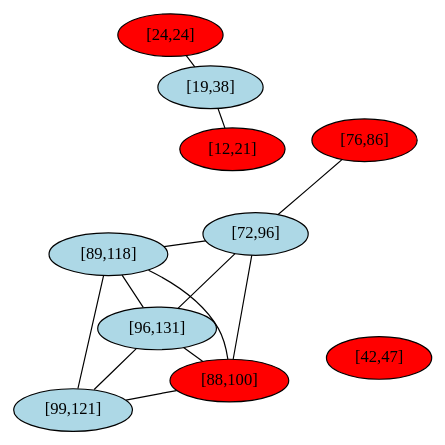
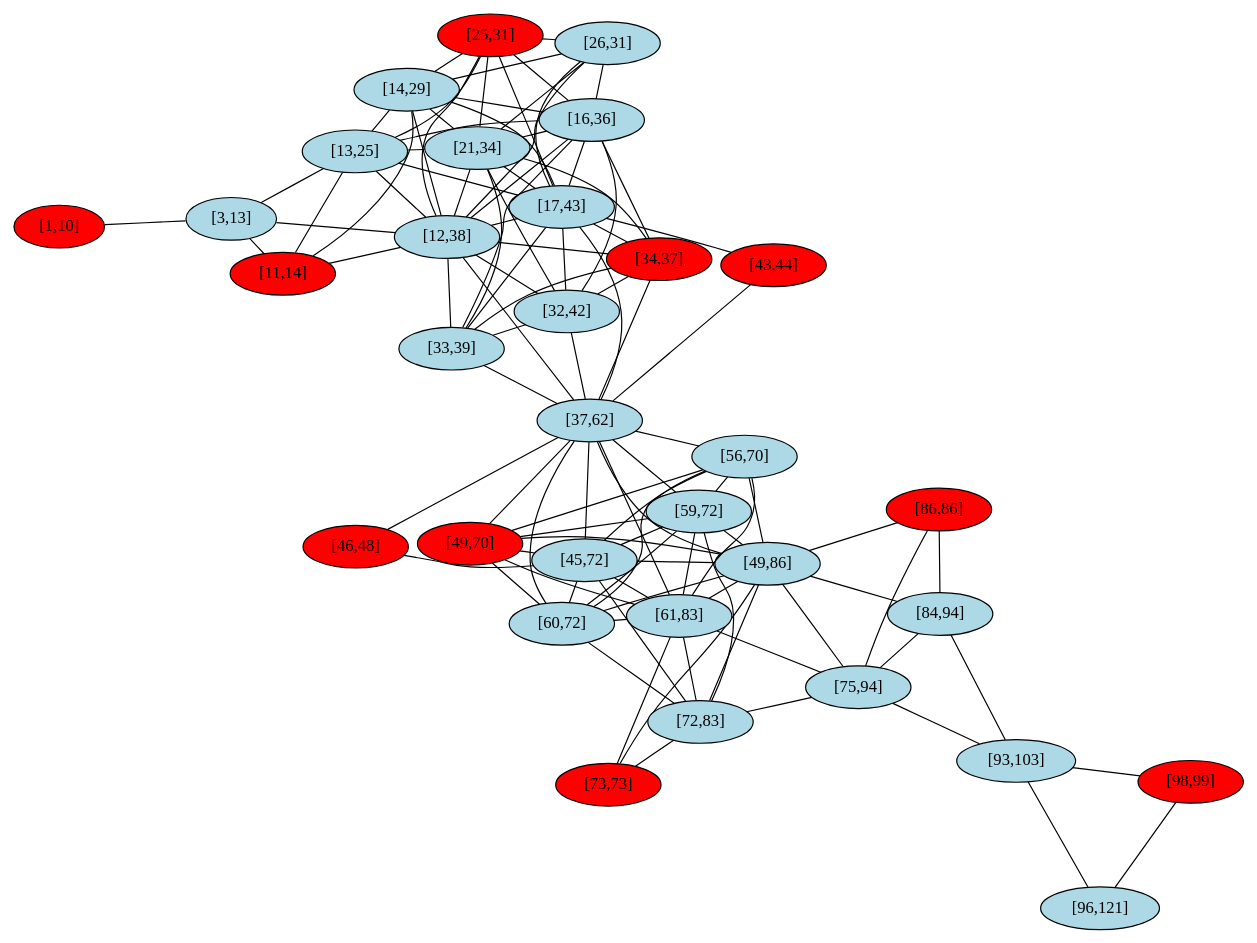
Before and after one commit to atotgerman/DUE_Fscharp: the diagram in intervallumgraf.dot, drawn with Graphviz. The commit also changed 2 other files, not shown here.

```diff
--- a/intervallumgraf.dot
+++ b/intervallumgraf.dot
@@ -1,27 +1,144 @@
 graph G {
   layout=neato;
   overlap=false;
   splines=true;
-  1 [label="[96,131]", style=filled, fillcolor=lightblue];
-  2 [label="[88,100]", style=filled, fillcolor=red];
-  3 [label="[99,121]", style=filled, fillcolor=lightblue];
-  4 [label="[24,24]", style=filled, fillcolor=red];
-  5 [label="[89,118]", style=filled, fillcolor=lightblue];
-  6 [label="[42,47]", style=filled, fillcolor=red];
-  7 [label="[19,38]", style=filled, fillcolor=lightblue];
-  8 [label="[76,86]", style=filled, fillcolor=red];
-  9 [label="[72,96]", style=filled, fillcolor=lightblue];
-  10 [label="[12,21]", style=filled, fillcolor=red];
-  1 -- 2;
-  1 -- 3;
-  1 -- 5;
-  1 -- 9;
-  2 -- 3;
-  2 -- 5;
-  2 -- 9;
-  3 -- 5;
-  4 -- 7;
+  1 [label="[3,13]", style=filled, fillcolor=lightblue];
+  2 [label="[98,99]", style=filled, fillcolor=red];
+  3 [label="[73,73]", style=filled, fillcolor=red];
+  4 [label="[1,10]", style=filled, fillcolor=red];
+  5 [label="[34,37]", style=filled, fillcolor=red];
+  6 [label="[59,72]", style=filled, fillcolor=lightblue];
+  7 [label="[46,48]", style=filled, fillcolor=red];
+  8 [label="[32,42]", style=filled, fillcolor=lightblue];
+  9 [label="[17,43]", style=filled, fillcolor=lightblue];
+  10 [label="[75,94]", style=filled, fillcolor=lightblue];
+  11 [label="[33,39]", style=filled, fillcolor=lightblue];
+  12 [label="[25,31]", style=filled, fillcolor=red];
+  13 [label="[26,31]", style=filled, fillcolor=lightblue];
+  14 [label="[43,44]", style=filled, fillcolor=red];
+  15 [label="[93,103]", style=filled, fillcolor=lightblue];
+  16 [label="[49,86]", style=filled, fillcolor=lightblue];
+  17 [label="[96,121]", style=filled, fillcolor=lightblue];
+  18 [label="[21,34]", style=filled, fillcolor=lightblue];
+  19 [label="[61,83]", style=filled, fillcolor=lightblue];
+  20 [label="[14,29]", style=filled, fillcolor=lightblue];
+  21 [label="[11,14]", style=filled, fillcolor=red];
+  22 [label="[49,70]", style=filled, fillcolor=red];
+  23 [label="[84,94]", style=filled, fillcolor=lightblue];
+  24 [label="[16,36]", style=filled, fillcolor=lightblue];
+  25 [label="[45,72]", style=filled, fillcolor=lightblue];
+  26 [label="[72,83]", style=filled, fillcolor=lightblue];
+  27 [label="[56,70]", style=filled, fillcolor=lightblue];
+  28 [label="[37,62]", style=filled, fillcolor=lightblue];
+  29 [label="[60,72]", style=filled, fillcolor=lightblue];
+  30 [label="[13,25]", style=filled, fillcolor=lightblue];
+  31 [label="[12,38]", style=filled, fillcolor=lightblue];
+  32 [label="[86,86]", style=filled, fillcolor=red];
+  1 -- 4;
+  1 -- 21;
+  1 -- 30;
+  1 -- 31;
+  2 -- 15;
+  2 -- 17;
+  3 -- 16;
+  3 -- 19;
+  3 -- 26;
+  5 -- 8;
   5 -- 9;
-  7 -- 10;
+  5 -- 11;
+  5 -- 18;
+  5 -- 24;
+  5 -- 28;
+  5 -- 31;
+  6 -- 16;
+  6 -- 19;
+  6 -- 22;
+  6 -- 25;
+  6 -- 26;
+  6 -- 27;
+  6 -- 28;
+  6 -- 29;
+  7 -- 25;
+  7 -- 28;
   8 -- 9;
+  8 -- 11;
+  8 -- 18;
+  8 -- 24;
+  8 -- 28;
+  8 -- 31;
+  9 -- 11;
+  9 -- 12;
+  9 -- 13;
+  9 -- 14;
+  9 -- 18;
+  9 -- 20;
+  9 -- 24;
+  9 -- 28;
+  9 -- 30;
+  9 -- 31;
+  10 -- 15;
+  10 -- 16;
+  10 -- 19;
+  10 -- 23;
+  10 -- 26;
+  10 -- 32;
+  11 -- 18;
+  11 -- 24;
+  11 -- 28;
+  11 -- 31;
+  12 -- 13;
+  12 -- 18;
+  12 -- 20;
+  12 -- 24;
+  12 -- 30;
+  12 -- 31;
+  13 -- 18;
+  13 -- 20;
+  13 -- 24;
+  13 -- 31;
+  14 -- 28;
+  15 -- 17;
+  15 -- 23;
+  16 -- 19;
+  16 -- 22;
+  16 -- 23;
+  16 -- 25;
+  16 -- 26;
+  16 -- 27;
+  16 -- 28;
+  16 -- 29;
+  16 -- 32;
+  18 -- 20;
+  18 -- 24;
+  18 -- 30;
+  18 -- 31;
+  19 -- 22;
+  19 -- 25;
+  19 -- 26;
+  19 -- 27;
+  19 -- 28;
+  19 -- 29;
+  20 -- 21;
+  20 -- 24;
+  20 -- 30;
+  20 -- 31;
+  21 -- 30;
+  21 -- 31;
+  22 -- 25;
+  22 -- 27;
+  22 -- 28;
+  22 -- 29;
+  23 -- 32;
+  24 -- 30;
+  24 -- 31;
+  25 -- 26;
+  25 -- 27;
+  25 -- 28;
+  25 -- 29;
+  26 -- 29;
+  27 -- 28;
+  27 -- 29;
+  28 -- 29;
+  28 -- 31;
+  30 -- 31;
 }
```
